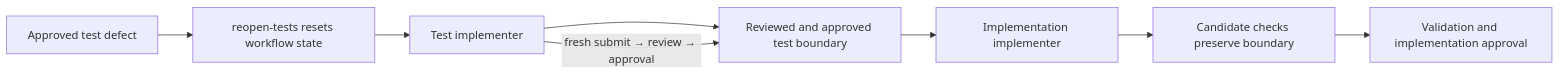
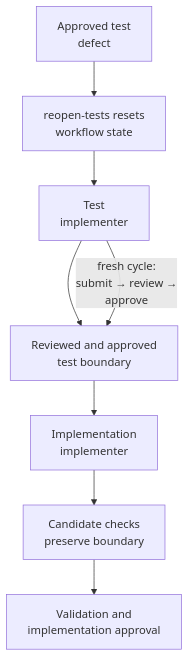
Before and after one commit to NathanZK/Fidenaut: the third of 5 diagrams in docs/engineering/agent-workflow-architecture.md, drawn with Mermaid. The commit also changed other lines of this file, not shown here.

Commit message:
Fix issue #305: Resolve overlapping and clipped Mermaid labels

````diff
--- a/docs/engineering/agent-workflow-architecture.md
+++ b/docs/engineering/agent-workflow-architecture.md
@@ -98,10 +98,10 @@
 ```mermaid
-flowchart LR
-    T[Test implementer] --> B[Reviewed and approved test boundary]
-    B --> I[Implementation implementer]
-    I --> C[Candidate checks preserve boundary]
-    C --> V[Validation and implementation approval]
-    X[Approved test defect] --> R[reopen-tests resets workflow state]
+flowchart TB
+    T[Test<br/>implementer] --> B[Reviewed and approved<br/>test boundary]
+    B --> I[Implementation<br/>implementer]
+    I --> C[Candidate checks<br/>preserve boundary]
+    C --> V[Validation and<br/>implementation approval]
+    X[Approved test<br/>defect] --> R[reopen-tests resets<br/>workflow state]
     R --> T
-    T -->|fresh submit → review → approval| B
+    T -->|fresh cycle:<br/>submit → review →<br/>approve| B
 ```
````
